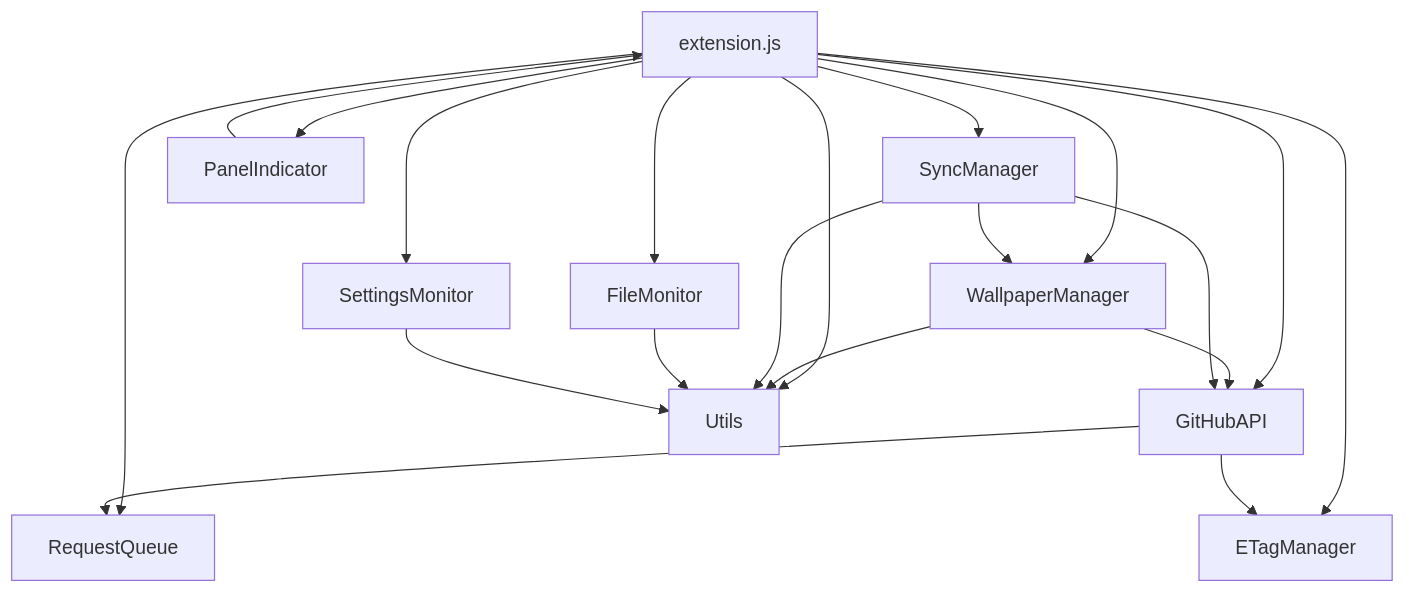
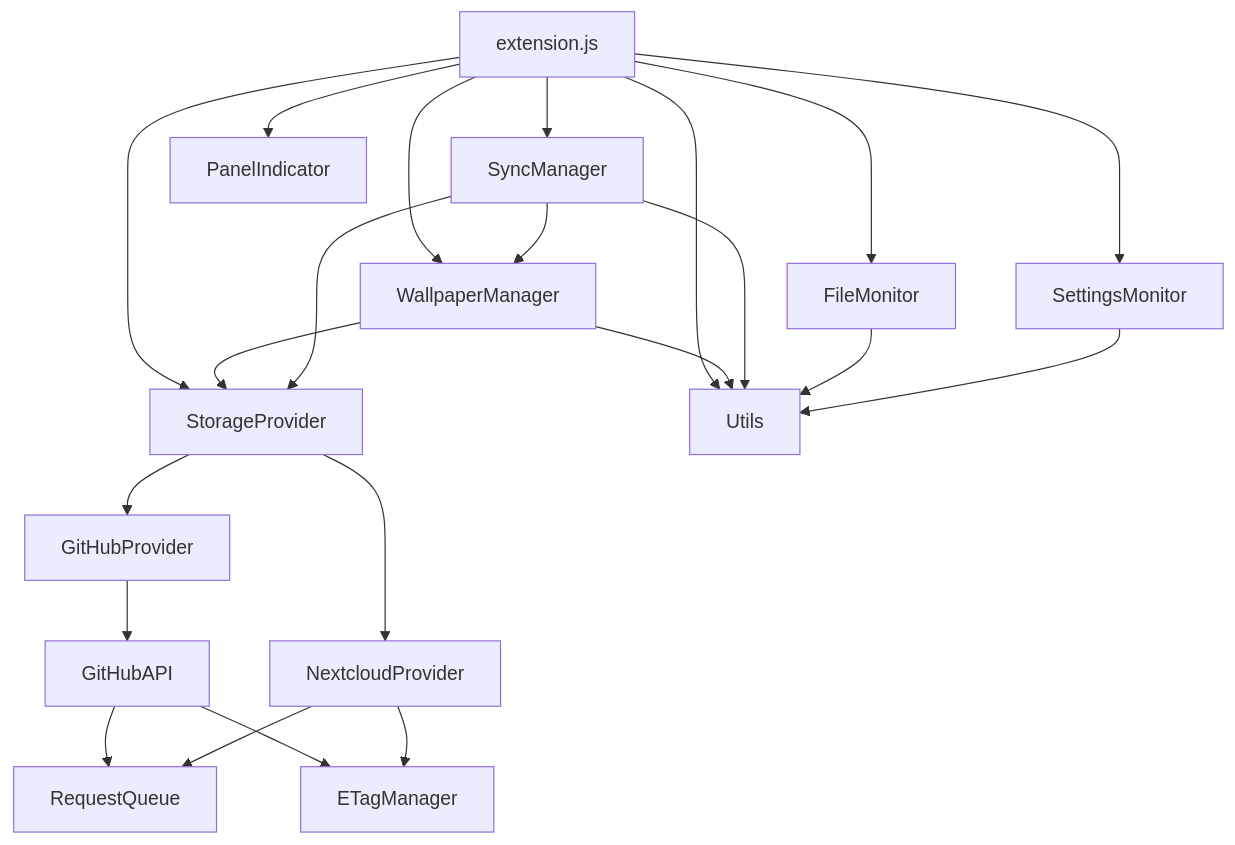
Before and after one commit to gavindi/gnoming-profiles: the diagram in STRUCTURE.md, drawn with Mermaid. The commit also changed other lines of this file and 13 other files, not shown here.

````diff
--- a/STRUCTURE.md
+++ b/STRUCTURE.md
@@ -65,23 +88,24 @@
 ```mermaid
 graph TD
-    A[extension.js] --> B[RequestQueue]
-    A --> C[ETagManager] 
-    A --> D[GitHubAPI]
+    A[extension.js] --> SP[StorageProvider]
+    SP --> GP[GitHubProvider]
+    SP --> NP[NextcloudProvider]
+    GP --> D[GitHubAPI]
+    D --> B[RequestQueue]
+    D --> C[ETagManager]
+    NP --> B
+    NP --> C
     A --> E[FileMonitor]
     A --> F[SettingsMonitor]
     A --> G[WallpaperManager]
     A --> H[SyncManager]
     A --> I[PanelIndicator]
     A --> J[Utils]
-    
-    D --> B
-    D --> C
-    G --> D
+    G --> SP
     G --> J
-    H --> D
+    H --> SP
     H --> G
     H --> J
     E --> J
     F --> J
-    I --> A
 ```
````
